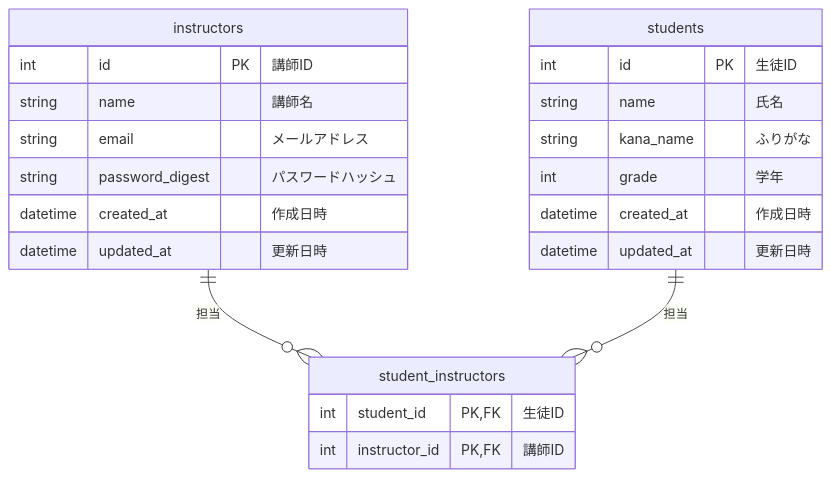
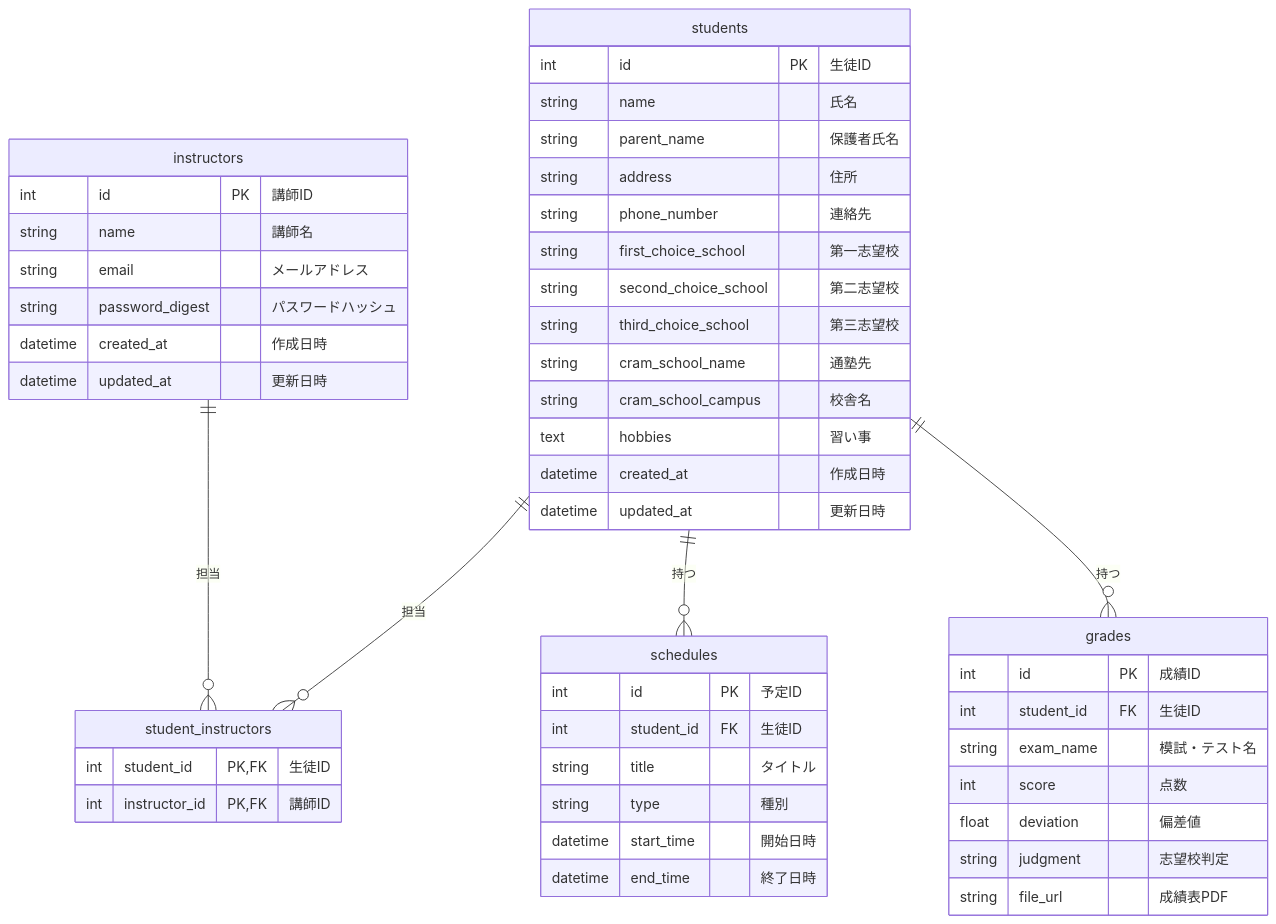
The diagram in docs/architecture/db_schema.md (itsuki2003/TodaiBansou_StuDashboard), drawn with Mermaid before and after one commit. The commit also changed 1 other file, not shown here.

Commit message:
feat: Refine dashboard tabs and DB schema based on new requirements

````diff
--- a/docs/architecture/db_schema.md
+++ b/docs/architecture/db_schema.md
@@ -5,28 +5,56 @@
 ```mermaid
 erDiagram
     instructors {
         int id PK "講師ID"
         string name "講師名"
         string email "メールアドレス"
         string password_digest "パスワードハッシュ"
         datetime created_at "作成日時"
         datetime updated_at "更新日時"
     }
 
     students {
         int id PK "生徒ID"
         string name "氏名"
-        string kana_name "ふりがな"
-        int grade "学年"
+        string parent_name "保護者氏名"
+        string address "住所"
+        string phone_number "連絡先"
+        string first_choice_school "第一志望校"
+        string second_choice_school "第二志望校"
+        string third_choice_school "第三志望校"
+        string cram_school_name "通塾先"
+        string cram_school_campus "校舎名"
+        text hobbies "習い事"
         datetime created_at "作成日時"
         datetime updated_at "更新日時"
     }
+
+    schedules {
+        int id PK "予定ID"
+        int student_id FK "生徒ID"
+        string title "タイトル"
+        string type "種別"
+        datetime start_time "開始日時"
+        datetime end_time "終了日時"
+    }
+
+    grades {
+        int id PK "成績ID"
+        int student_id FK "生徒ID"
+        string exam_name "模試・テスト名"
+        int score "点数"
+        float deviation "偏差値"
+        string judgment "志望校判定"
+        string file_url "成績表PDF"
+    }
+
+    instructors ||--o{ student_instructors : "担当"
+    students ||--o{ student_instructors : "担当"
+    students ||--o{ schedules : "持つ"
+    students ||--o{ grades : "持つ"
 
     student_instructors {
         int student_id PK, FK "生徒ID"
         int instructor_id PK, FK "講師ID"
     }
-
-    instructors ||--o{ student_instructors : "担当"
-    students ||--o{ student_instructors : "担当"
 ```
````
